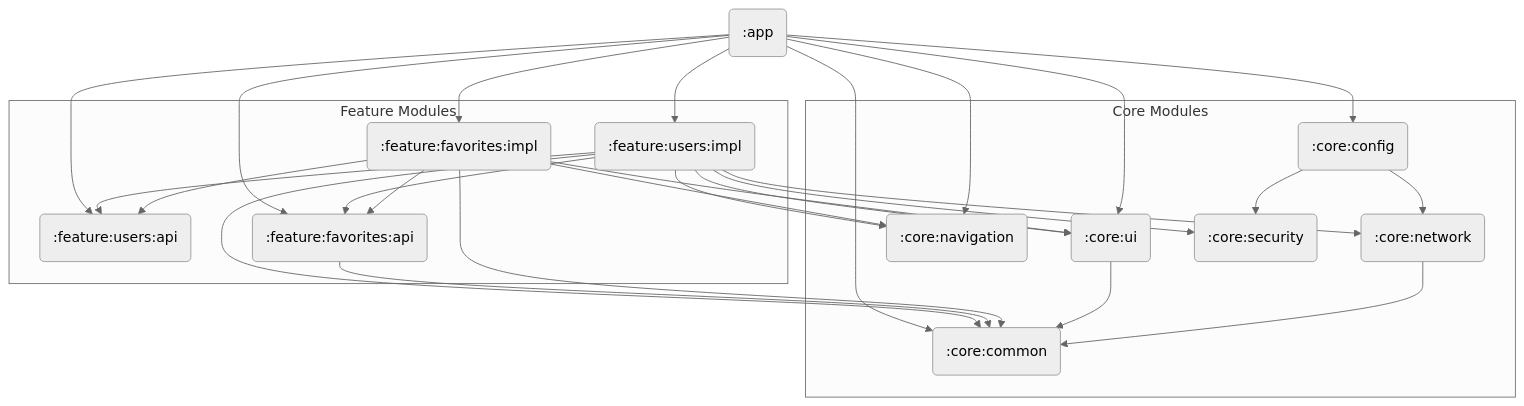
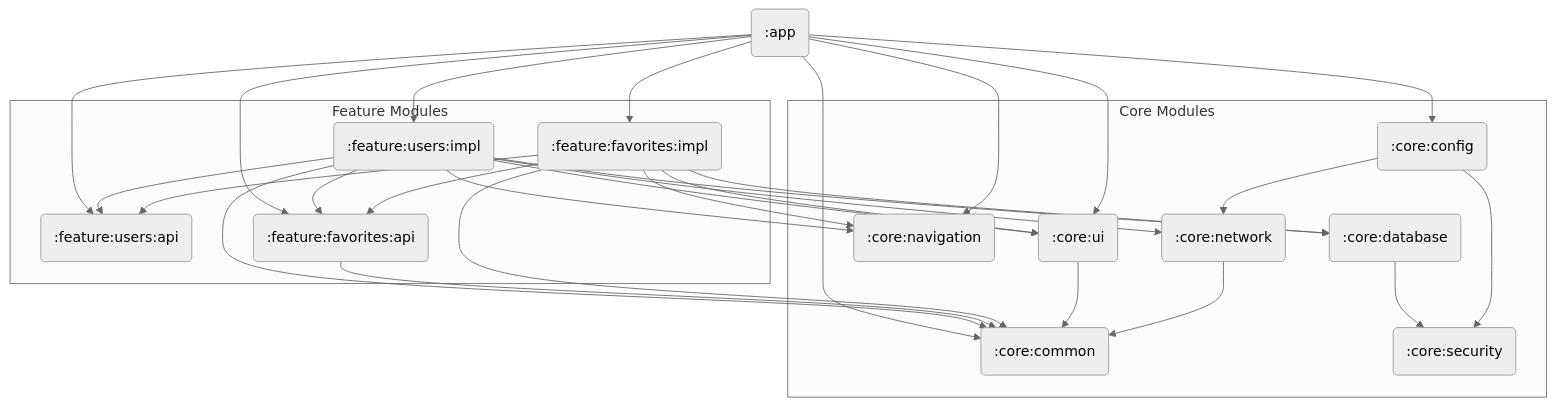
Before and after one commit to huuphuoc1396/android-github-users: the diagram in MODULE_GRAPH.md, drawn with Mermaid (neutral theme). The commit also changed 26 other files, not shown here.

First line of the commit message:
refactor: extract core:database module and relocate FavoriteRepositoryImpl

````diff
--- a/MODULE_GRAPH.md
+++ b/MODULE_GRAPH.md
@@ -3,59 +3,64 @@
 ```mermaid
 graph TD
     app(":app")
 
     subgraph feature["Feature Modules"]
         fu_api(":feature:users:api")
         fu_impl(":feature:users:impl")
         ff_api(":feature:favorites:api")
         ff_impl(":feature:favorites:impl")
     end
 
     subgraph core["Core Modules"]
         core_common(":core:common")
         core_ui(":core:ui")
         core_nav(":core:navigation")
         core_net(":core:network")
         core_sec(":core:security")
         core_cfg(":core:config")
+        core_db(":core:database")
     end
 
     %% app dependencies
     app --> fu_api
     app --> fu_impl
     app --> ff_api
     app --> ff_impl
     app --> core_ui
     app --> core_nav
     app --> core_cfg
     app --> core_common
 
     %% feature:users:impl dependencies
     fu_impl --> fu_api
     fu_impl --> ff_api
     fu_impl --> core_ui
     fu_impl --> core_nav
     fu_impl --> core_net
-    fu_impl --> core_sec
+    fu_impl --> core_db
     fu_impl --> core_common
 
     %% feature:favorites:api dependencies
     ff_api --> core_common
 
     %% feature:favorites:impl dependencies
     ff_impl --> ff_api
     ff_impl --> fu_api
     ff_impl --> core_ui
     ff_impl --> core_nav
+    ff_impl --> core_db
     ff_impl --> core_common
 
     %% core:ui dependencies
     core_ui --> core_common
 
     %% core:network dependencies
     core_net --> core_common
 
+    %% core:database dependencies
+    core_db --> core_sec
+
     %% core:config dependencies
     core_cfg --> core_net
     core_cfg --> core_sec
 ```
````
